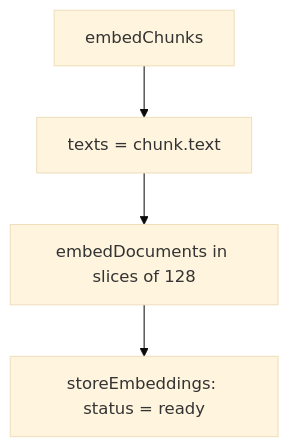
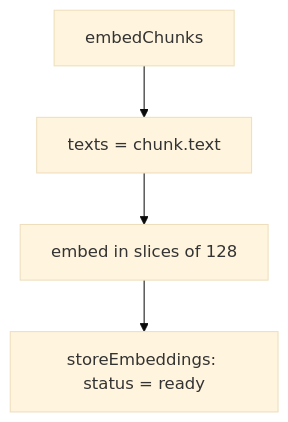
The fifth of 6 diagrams in docs/flows/ingestion.md (adamrefaey/meeting-intelligence), drawn with Mermaid (base theme) before and after one commit. The commit also changed other lines of this file and 13 other files, not shown here.

First line of the commit message:
refactor: rename embedDocuments and embedQueries to embed

````diff
--- a/docs/flows/ingestion.md
+++ b/docs/flows/ingestion.md
@@ -114,9 +114,9 @@
 ```mermaid
 flowchart TD
   start["embedChunks"]
   texts["texts = chunk.text"]
-  embed["embedDocuments in slices of 128"]
+  embed["embed in slices of 128"]
   store["storeEmbeddings: status = ready"]
 
   start --> texts --> embed --> store
 ```
````
